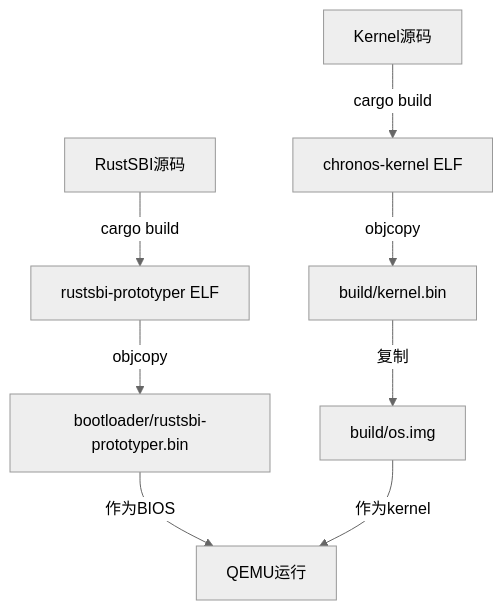
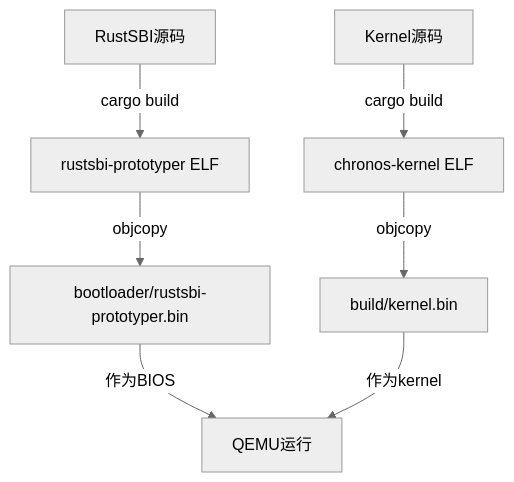
Before and after one commit to kingpoem/Chronos: the diagram in docs/BIN_FILES_ANALYSIS.md, drawn with Mermaid (neutral theme). The commit also changed other lines of this file and 4 other files, not shown here.

````diff
--- a/docs/BIN_FILES_ANALYSIS.md
+++ b/docs/BIN_FILES_ANALYSIS.md
@@ -132,13 +104,11 @@
 ```mermaid
 graph TD
     A[RustSBI源码] -->|cargo build| B[rustsbi-prototyper ELF]
     B -->|objcopy| C[bootloader/rustsbi-prototyper.bin]
     
     D[Kernel源码] -->|cargo build| E[chronos-kernel ELF]
     E -->|objcopy| F[build/kernel.bin]
     
-    F -->|复制| G[build/os.img]
-    
-    C -->|作为BIOS| H[QEMU运行]
-    G -->|作为kernel| H
+    C -->|作为BIOS| G[QEMU运行]
+    F -->|作为kernel| G
 ```
````
